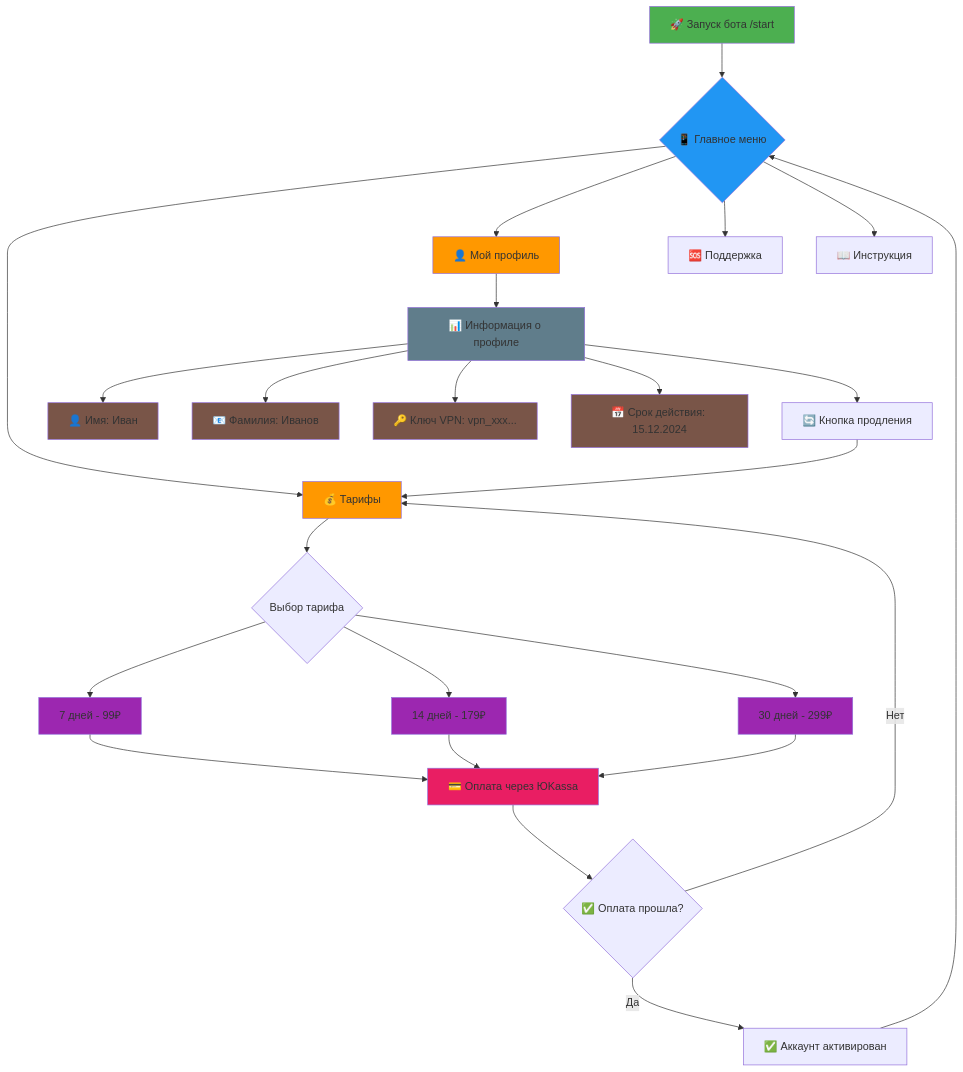
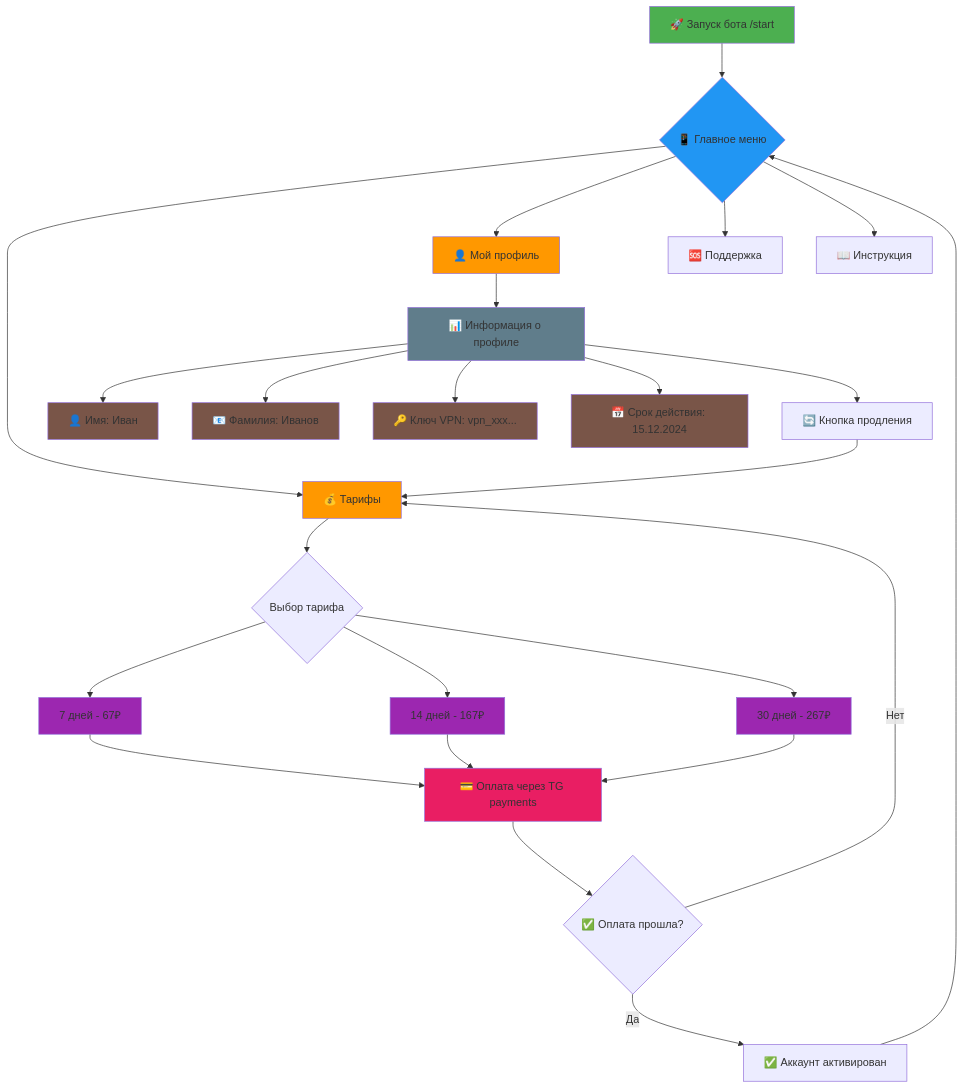
Before and after one commit to IRR2007/VPN_oultine_engine-project: the second of 3 diagrams in README.md, drawn with Mermaid. The commit also changed other lines of this file, not shown here.

````diff
--- a/README.md
+++ b/README.md
@@ -72,49 +72,49 @@
 ```mermaid
 graph TD
     A[🚀 Запуск бота /start] --> B{📱 Главное меню}
     
     B --> C[💰 Тарифы]
     B --> D[👤 Мой профиль]
     
     C --> E{Выбор тарифа}
-    E --> F[7 дней - 99₽]
-    E --> G[14 дней - 179₽]
-    E --> H[30 дней - 299₽]
+    E --> F[7 дней - 67₽]
+    E --> G[14 дней - 167₽]
+    E --> H[30 дней - 267₽]
     
-    F --> I[💳 Оплата через ЮKassa]
+    F --> I[💳 Оплата через TG payments]
     G --> I
     H --> I
     
     I --> J{✅ Оплата прошла?}
     J -->|Да| K[✅ Аккаунт активирован]
     J -->|Нет| C
     
     D --> L[📊 Информация о профиле]
     L --> M[👤 Имя: Иван]
     L --> N[📧 Фамилия: Иванов]
     L --> O[🔑 Ключ VPN: vpn_xxx...]
     L --> P[📅 Срок действия: 15.12.2024]
     L --> Q[🔄 Кнопка продления]
     
     Q --> C
     
     K --> B
     
     B --> R[🆘 Поддержка]
     B --> S[📖 Инструкция]
     
     
     style A fill:#4CAF50
     style B fill:#2196F3
     style C fill:#FF9800
     style D fill:#FF9800
     style F fill:#9C27B0
     style G fill:#9C27B0
     style H fill:#9C27B0
     style I fill:#E91E63
     style L fill:#607D8B
     style M fill:#795548
     style N fill:#795548
     style O fill:#795548
     style P fill:#795548
 ```
````
